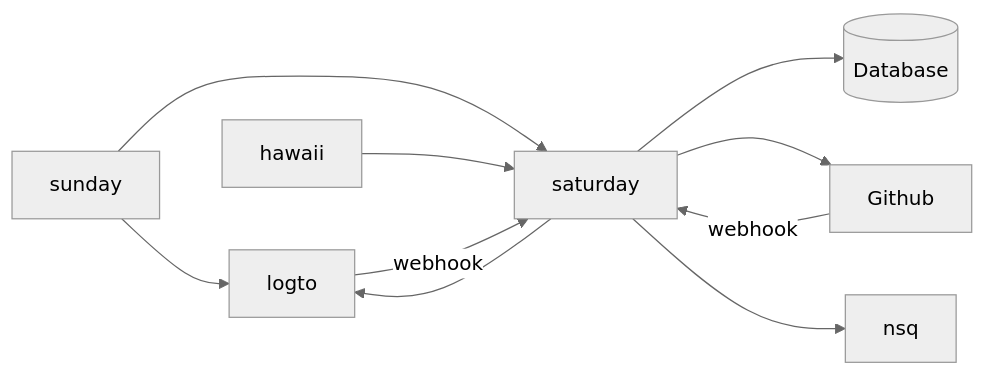
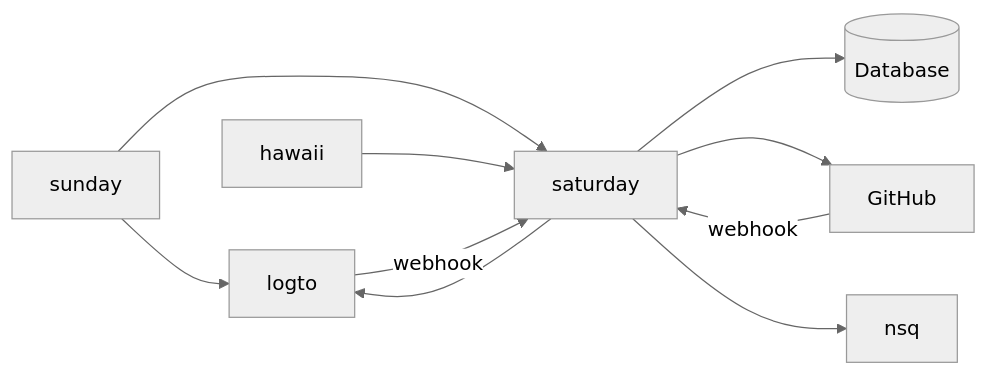
Before and after one commit to nbtca/documents: the first of 3 diagrams in repair/weekend.md, drawn with Mermaid (neutral theme). The commit also changed other lines of this file and 10 other files, not shown here.

````diff
--- a/repair/weekend.md
+++ b/repair/weekend.md
@@ -22,14 +22,14 @@
 ```mermaid
 
 flowchart LR
     S[sunday] --> L[logto]
     S --> Sa[saturday]
     H[hawaii] --> Sa
     Sa --> L
     L --> |webhook| Sa
     Sa --> D[(Database)]
-    Sa --> G[Github]
+    Sa --> G[GitHub]
     G --> |webhook| Sa
     Sa --> N[nsq]
 
 ```
````
